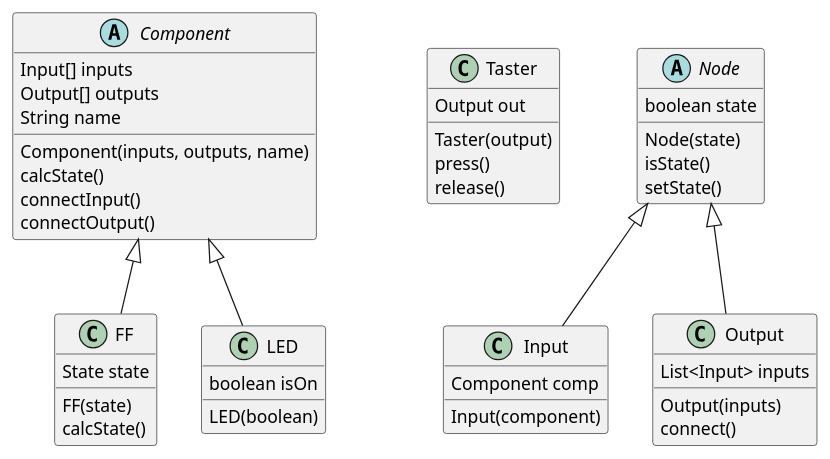
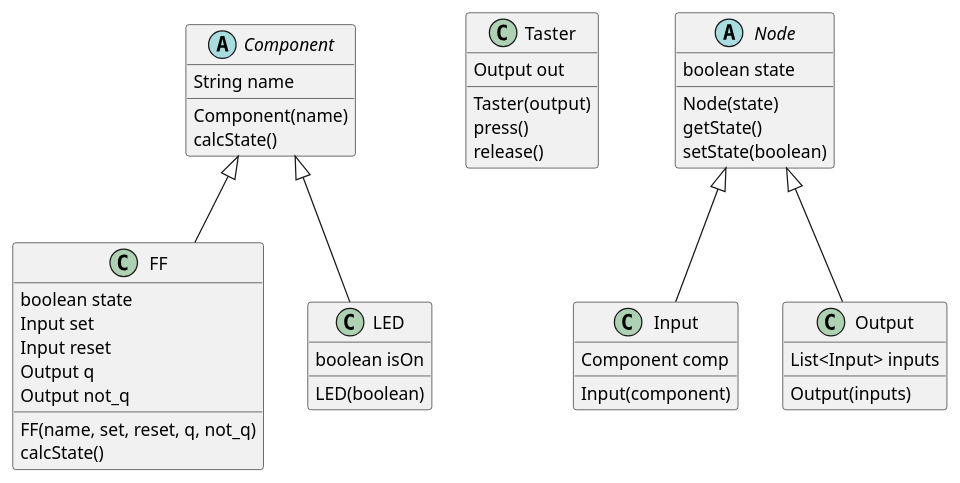
One commit to Clemenzzzzzz/2324_9183_sew5 changed the diagram in src/ue_00_schaltung/class.puml. Above: the diagram before and after it, drawn with PlantUML. The commit also changed 1 other file, not shown here.

Commit message:
uml improved and implemented Component

```diff
--- a/src/ue_00_schaltung/class.puml
+++ b/src/ue_00_schaltung/class.puml
@@ -1,73 +1,72 @@
 @startuml
 'https://plantuml.com/class-diagram
 
 /'abstract class AbstractList
 abstract AbstractCollection
 interface List
 interface Collection
 
 List <|-- AbstractList
 Collection <|-- AbstractCollection
 
 Collection <|- List
 AbstractCollection <|- AbstractList
 AbstractList <|-- ArrayList
 
 class ArrayList {
 Object[] elementData
 size()
 }'/
 
 abstract class Component {
-Input[] inputs
-Output[] outputs
 String name
-Component(inputs, outputs, name)
+Component(name)
 calcState()
-connectInput()
-connectOutput()
 }
 
 class Taster{
 Output out
 Taster(output)
 press()
 release()
 }
 
 abstract class Node{
 boolean state
 Node(state)
-isState()
-setState()
+getState()
+setState(boolean)
 }
 
 
 class Input{
 Component comp
 Input(component)
 }
 
 class Output{
 List<Input> inputs
 Output(inputs)
-connect()
 }
 
 class FF{
-State state
-FF(state)
+boolean state
+Input set
+Input reset
+Output q
+Output not_q
+FF(name, set, reset, q, not_q)
 calcState()
 }
 
 class LED{
 boolean isOn
 LED(boolean)
 }
 
 Component <|-- FF
 
 Component <|-- LED
 Node <|-- Input
 Node <|-- Output
 @enduml
```
